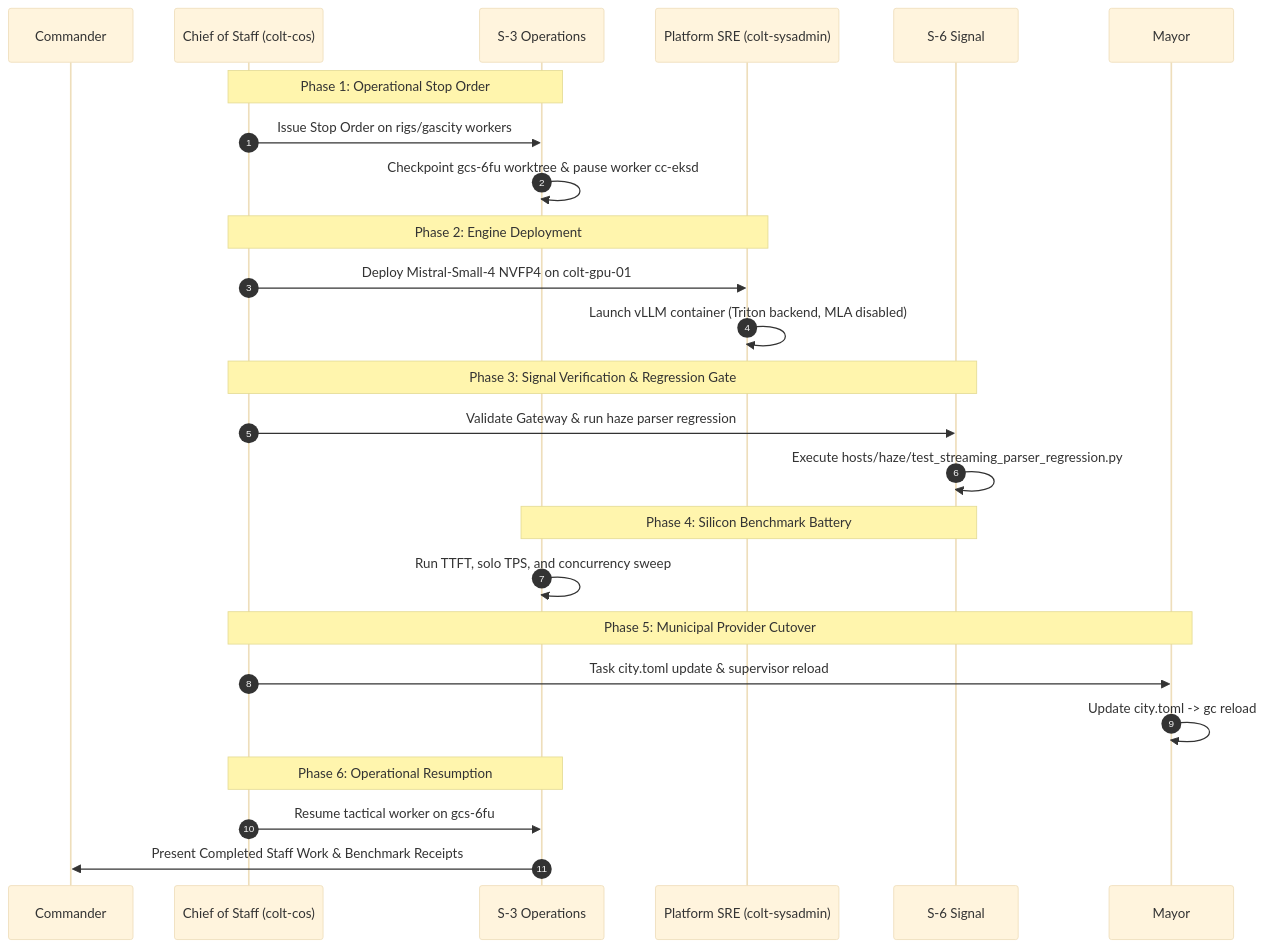
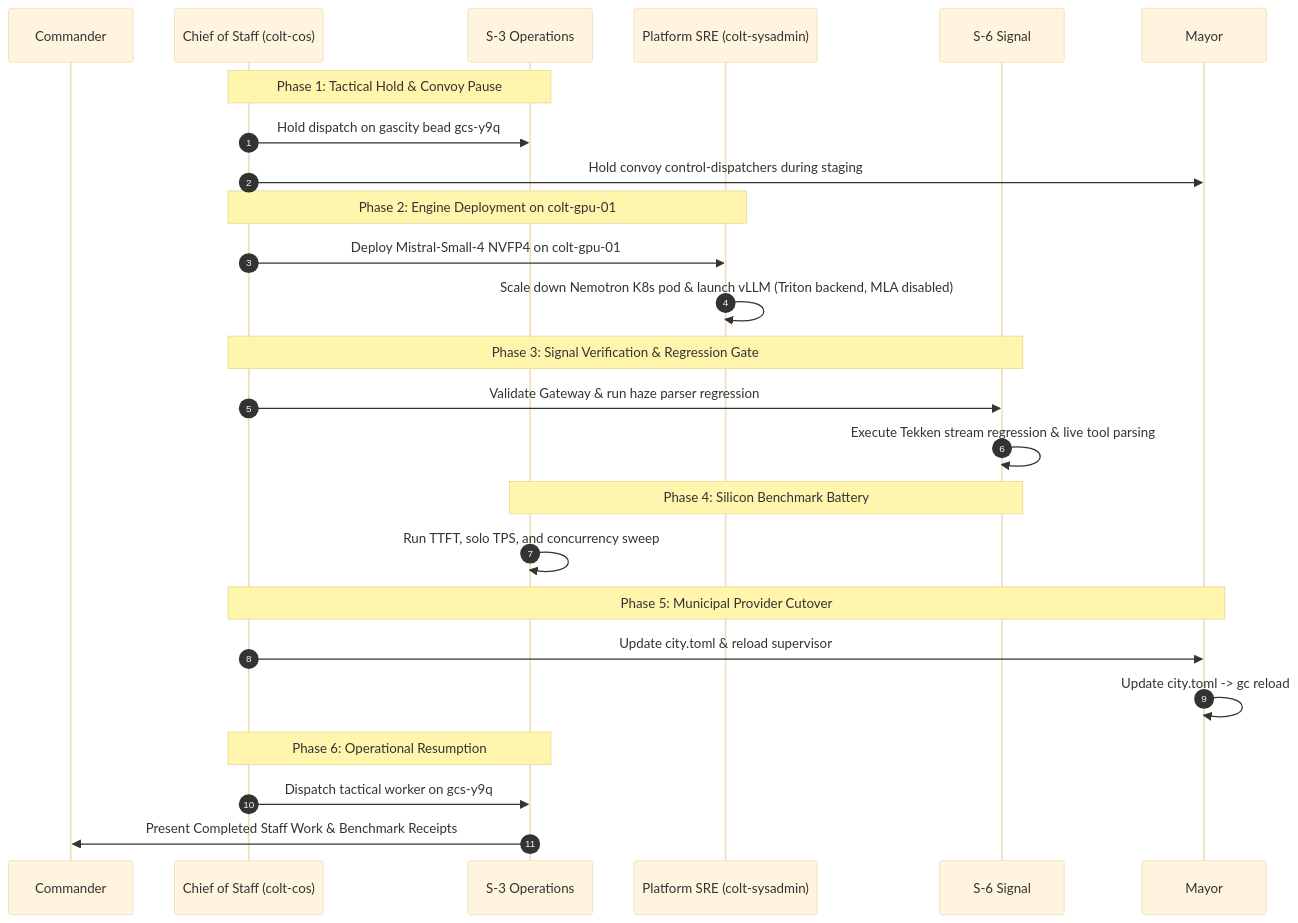
The diagram in plans/PLAN_TRANSITION_MISTRAL_SMALL_4_119B.md (chalko/a-staff), drawn with Mermaid (base theme) before and after one commit. The commit also changed other lines of this file, not shown here.

````diff
--- a/plans/PLAN_TRANSITION_MISTRAL_SMALL_4_119B.md
+++ b/plans/PLAN_TRANSITION_MISTRAL_SMALL_4_119B.md
@@ -38,33 +38,33 @@
 ```mermaid
 sequenceDiagram
     autonumber
     participant CDR as Commander
     participant COS as Chief of Staff (colt-cos)
     participant S3 as S-3 Operations
     participant SRE as Platform SRE (colt-sysadmin)
     participant S6 as S-6 Signal
     participant MAYOR as Mayor
 
-    Note over COS,S3: Phase 1: Operational Stop Order
-    COS->>S3: Issue Stop Order on rigs/gascity workers
-    S3->>S3: Checkpoint gcs-6fu worktree & pause worker cc-eksd
+    Note over COS,S3: Phase 1: Tactical Hold & Convoy Pause
+    COS->>S3: Hold dispatch on gascity bead gcs-y9q
+    COS->>MAYOR: Hold convoy control-dispatchers during staging
 
-    Note over COS,SRE: Phase 2: Engine Deployment
+    Note over COS,SRE: Phase 2: Engine Deployment on colt-gpu-01
     COS->>SRE: Deploy Mistral-Small-4 NVFP4 on colt-gpu-01
-    SRE->>SRE: Launch vLLM container (Triton backend, MLA disabled)
+    SRE->>SRE: Scale down Nemotron K8s pod & launch vLLM (Triton backend, MLA disabled)
 
     Note over COS,S6: Phase 3: Signal Verification & Regression Gate
     COS->>S6: Validate Gateway & run haze parser regression
-    S6->>S6: Execute hosts/haze/test_streaming_parser_regression.py
+    S6->>S6: Execute Tekken stream regression & live tool parsing
 
     Note over S3,S6: Phase 4: Silicon Benchmark Battery
     S3->>S3: Run TTFT, solo TPS, and concurrency sweep
 
     Note over COS,MAYOR: Phase 5: Municipal Provider Cutover
-    COS->>MAYOR: Task city.toml update & supervisor reload
+    COS->>MAYOR: Update city.toml & reload supervisor
     MAYOR->>MAYOR: Update city.toml -> gc reload
 
     Note over COS,S3: Phase 6: Operational Resumption
-    COS->>S3: Resume tactical worker on gcs-6fu
+    COS->>S3: Dispatch tactical worker on gcs-y9q
     S3->>CDR: Present Completed Staff Work & Benchmark Receipts
 ```
````
